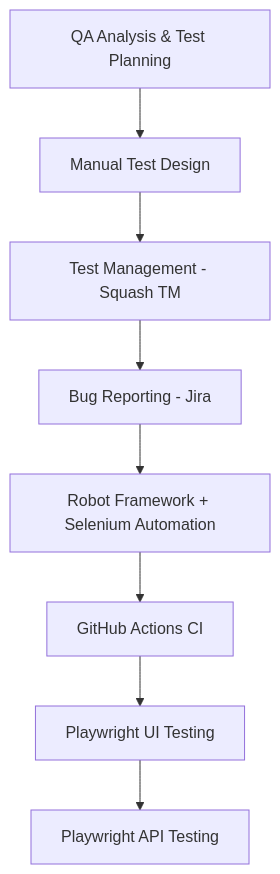
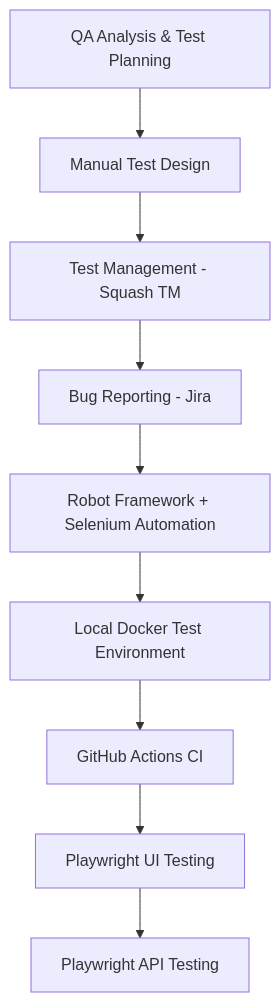
One commit to Laura1385/quality_assurance_portfolio changed the diagram in web-accessibility-qa-portfolio/README.md. Above: the diagram before and after it, drawn with Mermaid. The commit also changed other lines of this file and 1 other file, not shown here.

Commit message:
Update project documentation after UI automation and Docker migration

````diff
--- a/web-accessibility-qa-portfolio/README.md
+++ b/web-accessibility-qa-portfolio/README.md
@@ -57,18 +58,20 @@
 ```mermaid
 flowchart TD
 
     A[QA Analysis & Test Planning]
     --> B[Manual Test Design]
 
     B --> C[Test Management - Squash TM]
 
     C --> D[Bug Reporting - Jira]
 
     D --> E[Robot Framework + Selenium Automation]
 
-    E --> F[GitHub Actions CI]
+    E --> F[Local Docker Test Environment]
 
-    F --> G[Playwright UI Testing]
+    F --> G[GitHub Actions CI]
 
-    G --> H[Playwright API Testing]
+    G --> H[Playwright UI Testing]
+
+    H --> I[Playwright API Testing]
 ```
````
